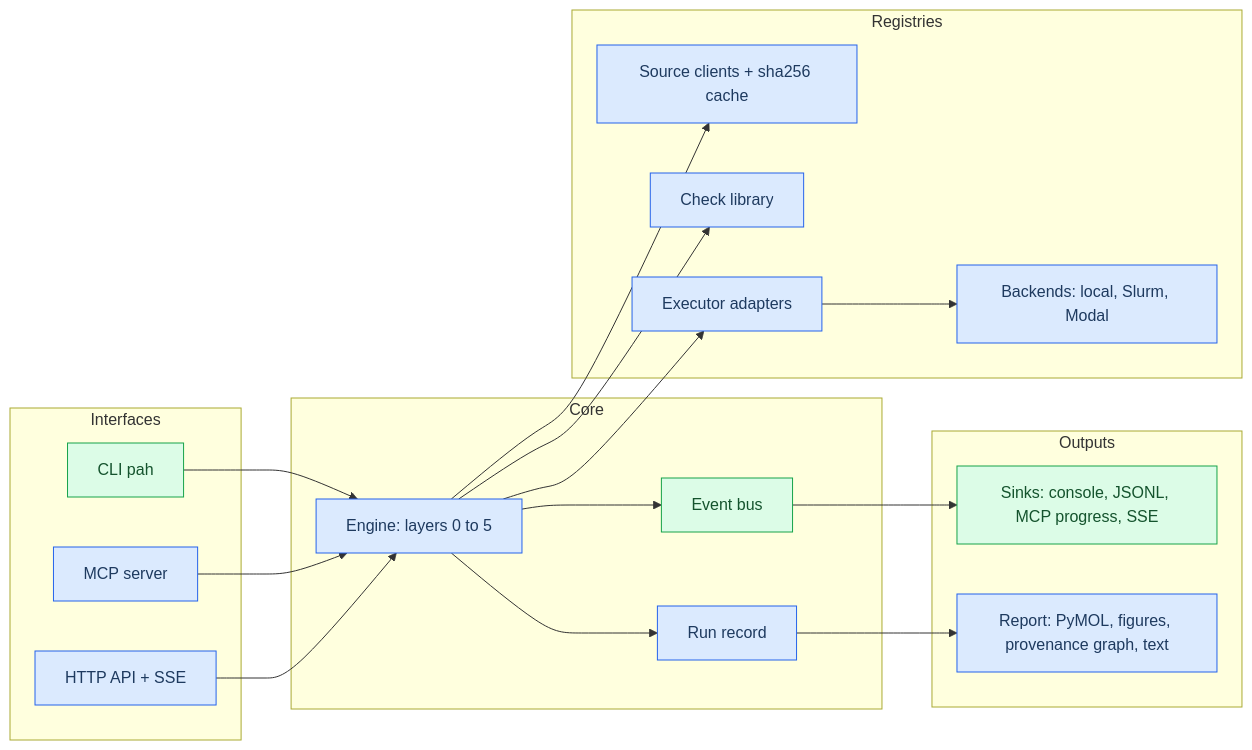
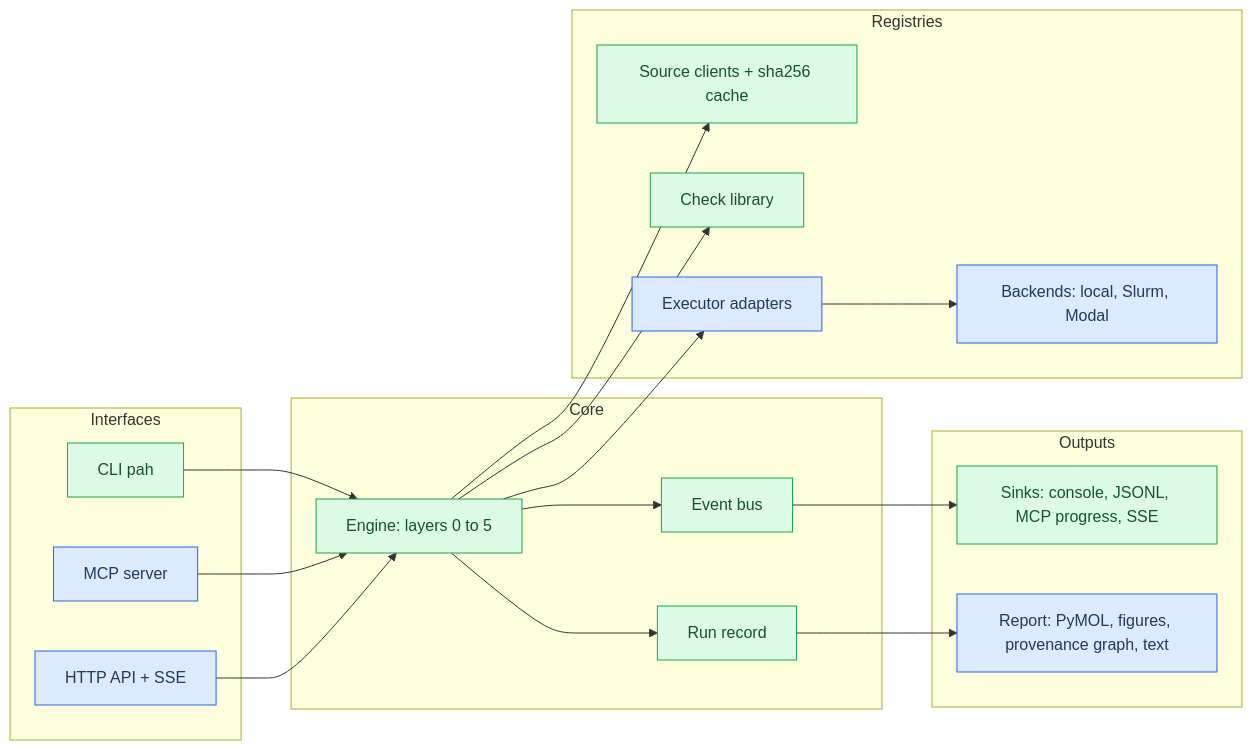
The first of 2 diagrams in docs/ARCHITECTURE.md (persistentepiphany/harness-hackathon), drawn with Mermaid before and after one commit. The commit also changed other lines of this file and 2 other files, not shown here.

Commit message:
document run, sources, checks, verdicts and examples for milestone 2

````diff
--- a/docs/ARCHITECTURE.md
+++ b/docs/ARCHITECTURE.md
@@ -5,41 +5,41 @@
 ```mermaid
 flowchart LR
     accTitle: Harness components
     accDescr: Interfaces call the engine. The engine runs layered checks over inputs from source clients and outputs parsed by executor adapters, streams events to sinks, and hands the run record to the report writer.
 
     subgraph interfaces[Interfaces]
         cli[CLI pah]
         mcp[MCP server]
         api[HTTP API + SSE]
     end
     subgraph core[Core]
         engine[Engine: layers 0 to 5]
         bus[Event bus]
         record[Run record]
     end
     subgraph plugins[Registries]
         sources[Source clients + sha256 cache]
         checks[Check library]
         executors[Executor adapters]
         backends[Backends: local, Slurm, Modal]
     end
     subgraph outputs[Outputs]
         sinks[Sinks: console, JSONL, MCP progress, SSE]
         report[Report: PyMOL, figures, provenance graph, text]
     end
 
     cli --> engine
     mcp --> engine
     api --> engine
     engine --> sources
     engine --> checks
     engine --> executors
     executors --> backends
     engine --> bus --> sinks
     engine --> record --> report
 
     classDef built fill:#dcfce7,stroke:#16a34a,color:#14532d
     classDef planned fill:#dbeafe,stroke:#2563eb,color:#1e3a5f
-    class cli,bus,sinks built
-    class mcp,api,engine,record,sources,checks,executors,backends,report planned
+    class cli,bus,sinks,engine,record,sources,checks built
+    class mcp,api,executors,backends,report planned
 ```
````
